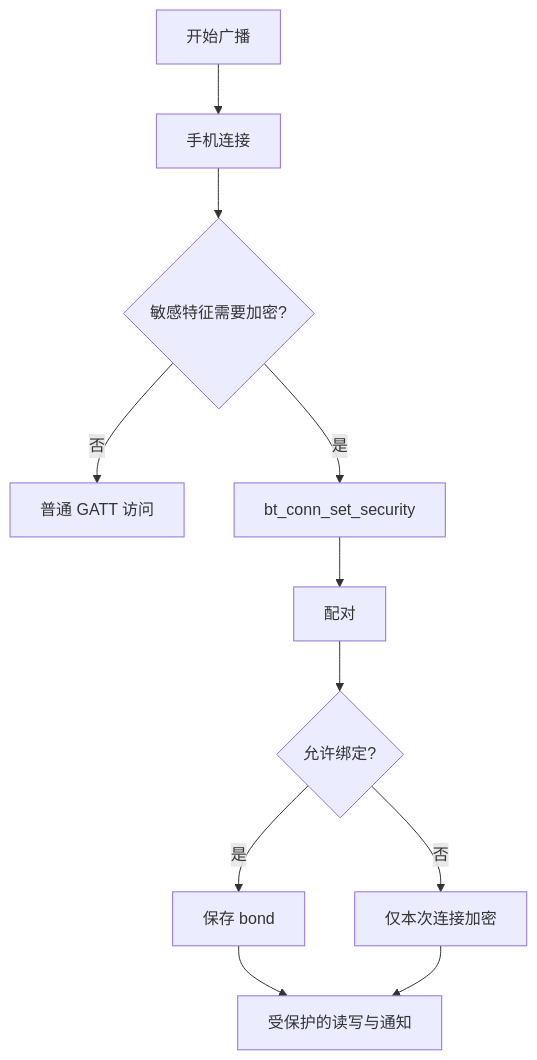
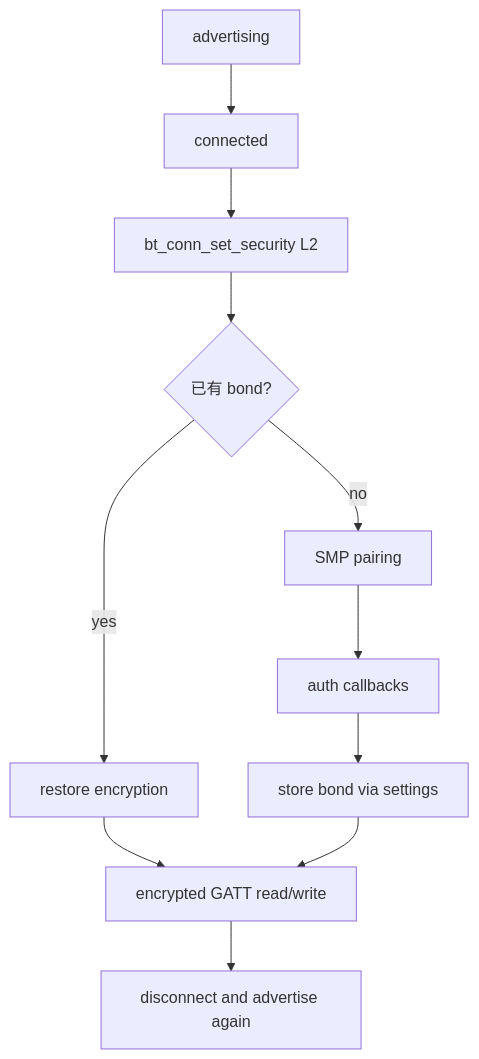
The first of 2 diagrams in docs/articles/zephyr/zephyr-16-ble-security-power.md (cdragon-ljl/EEandEdgeAI), drawn with Mermaid before and after one commit. The commit also changed other lines of this file and 35 other files, not shown here.

````diff
--- a/docs/articles/zephyr/zephyr-16-ble-security-power.md
+++ b/docs/articles/zephyr/zephyr-16-ble-security-power.md
@@ -25,13 +22,13 @@
 ```mermaid
 flowchart TD
-    A[开始广播] --> B[手机连接]
-    B --> C{敏感特征需要加密?}
-    C -->|否| D[普通 GATT 访问]
-    C -->|是| E[bt_conn_set_security]
-    E --> F[配对]
-    F --> G{允许绑定?}
-    G -->|是| H[保存 bond]
-    G -->|否| I[仅本次连接加密]
-    H --> J[受保护的读写与通知]
-    I --> J
+    A[advertising] --> B[connected]
+    B --> C[bt_conn_set_security L2]
+    C --> D{已有 bond?}
+    D -->|yes| E[restore encryption]
+    D -->|no| F[SMP pairing]
+    F --> G[auth callbacks]
+    G --> H[store bond via settings]
+    E --> I[encrypted GATT read/write]
+    H --> I
+    I --> J[disconnect and advertise again]
 ```
````
